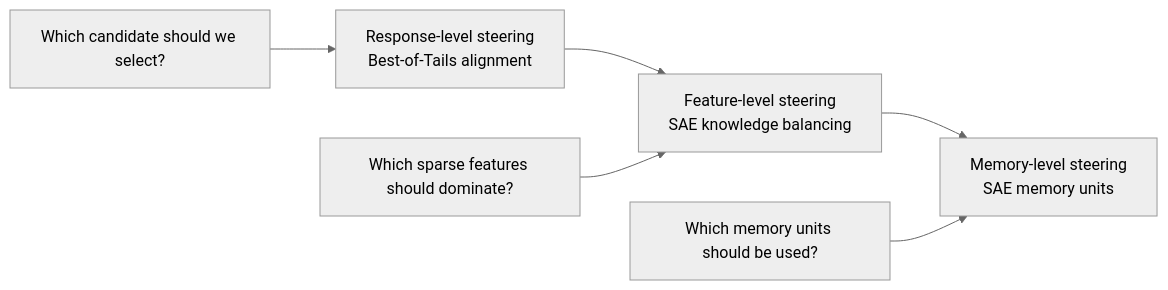
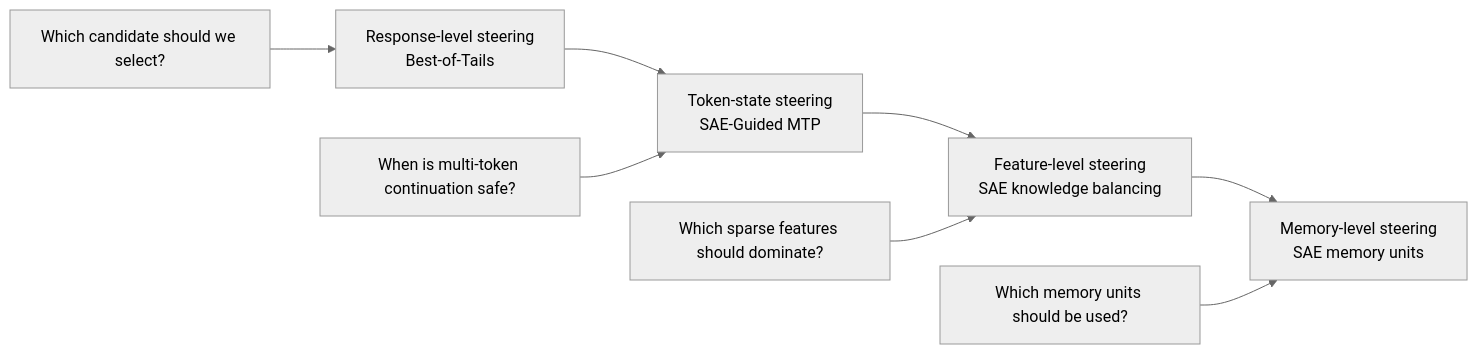
Before and after one commit to HsiangHsu/inference-time-knowledge-steering: the diagram in README.md, drawn with Mermaid (neutral theme). The commit also changed other lines of this file, not shown here.

First line of the commit message:
Update README for clarity on knowledge steering

````diff
--- a/README.md
+++ b/README.md
@@ -159,9 +266,11 @@
 ```mermaid
 flowchart LR
-    A[Response-level steering<br/>Best-of-Tails alignment] --> B[Feature-level steering<br/>SAE knowledge balancing]
-    B --> C[Memory-level steering<br/>SAE memory units]
+    A[Response-level steering<br/>Best-of-Tails] --> B[Token-state steering<br/>SAE-Guided MTP]
+    B --> C[Feature-level steering<br/>SAE knowledge balancing]
+    C --> D[Memory-level steering<br/>SAE memory units]
 
     A2[Which candidate should we select?] --> A
-    B2[Which sparse features should dominate?] --> B
-    C2[Which memory units should be used?] --> C
+    B2[When is multi-token continuation safe?] --> B
+    C2[Which sparse features should dominate?] --> C
+    D2[Which memory units should be used?] --> D
 ```
````
